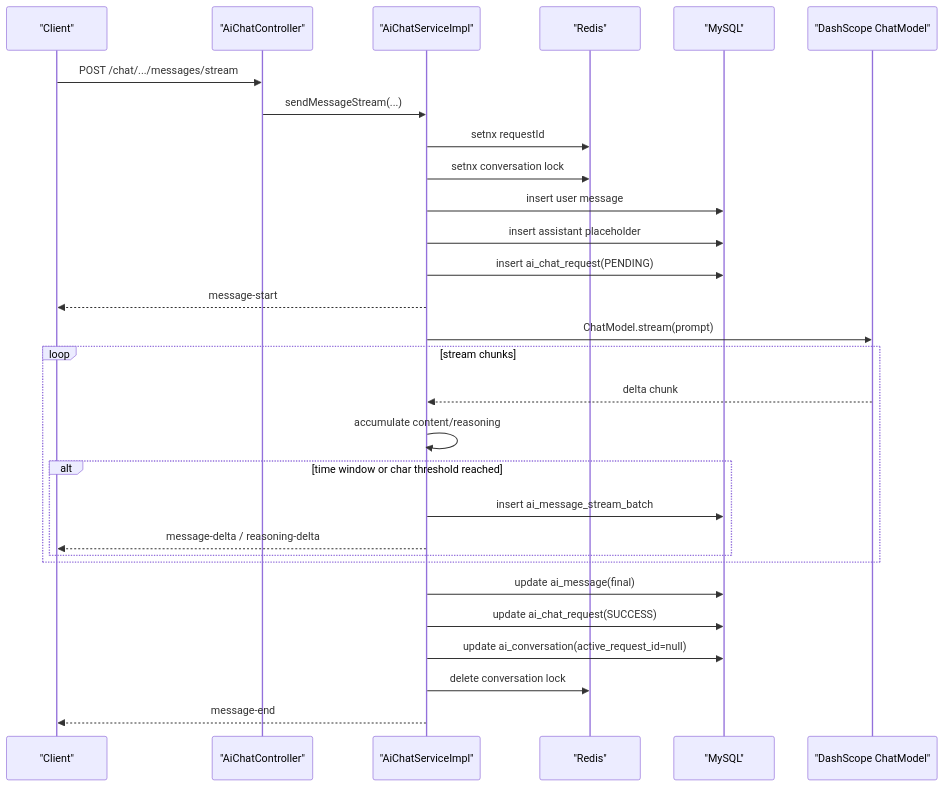
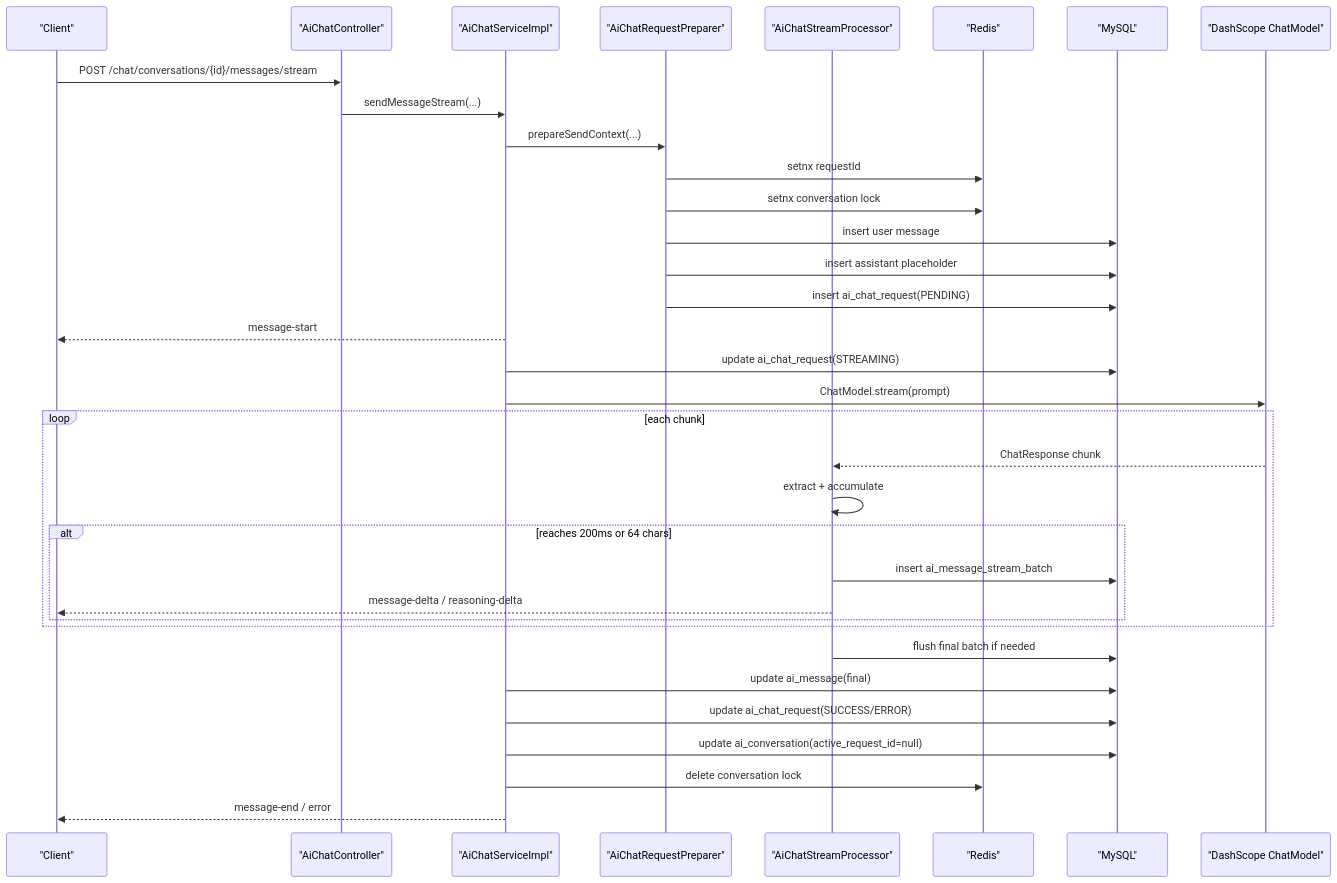
The third of 3 diagrams in docs/aichat/ai-chat-design.md (Askwayer/modular-hub), drawn with Mermaid before and after one commit. The commit also changed other lines of this file and 3 other files, not shown here.

````diff
--- a/docs/aichat/ai-chat-design.md
+++ b/docs/aichat/ai-chat-design.md
@@ -211,32 +309,37 @@
 ```mermaid
 sequenceDiagram
     participant Client as "Client"
     participant Controller as "AiChatController"
     participant Service as "AiChatServiceImpl"
+    participant Preparer as "AiChatRequestPreparer"
+    participant Streamer as "AiChatStreamProcessor"
     participant Redis as "Redis"
     participant DB as "MySQL"
     participant Model as "DashScope ChatModel"
 
-    Client->>Controller: POST /chat/.../messages/stream
+    Client->>Controller: POST /chat/conversations/{id}/messages/stream
     Controller->>Service: sendMessageStream(...)
-    Service->>Redis: setnx requestId
-    Service->>Redis: setnx conversation lock
-    Service->>DB: insert user message
-    Service->>DB: insert assistant placeholder
-    Service->>DB: insert ai_chat_request(PENDING)
+    Service->>Preparer: prepareSendContext(...)
+    Preparer->>Redis: setnx requestId
+    Preparer->>Redis: setnx conversation lock
+    Preparer->>DB: insert user message
+    Preparer->>DB: insert assistant placeholder
+    Preparer->>DB: insert ai_chat_request(PENDING)
     Service-->>Client: message-start
+    Service->>DB: update ai_chat_request(STREAMING)
     Service->>Model: ChatModel.stream(prompt)
-    loop stream chunks
-        Model-->>Service: delta chunk
-        Service->>Service: accumulate content/reasoning
-        alt time window or char threshold reached
-            Service->>DB: insert ai_message_stream_batch
-            Service-->>Client: message-delta / reasoning-delta
+    loop each chunk
+        Model-->>Streamer: ChatResponse chunk
+        Streamer->>Streamer: extract + accumulate
+        alt reaches 200ms or 64 chars
+            Streamer->>DB: insert ai_message_stream_batch
+            Streamer-->>Client: message-delta / reasoning-delta
         end
     end
+    Streamer->>DB: flush final batch if needed
     Service->>DB: update ai_message(final)
-    Service->>DB: update ai_chat_request(SUCCESS)
+    Service->>DB: update ai_chat_request(SUCCESS/ERROR)
     Service->>DB: update ai_conversation(active_request_id=null)
     Service->>Redis: delete conversation lock
-    Service-->>Client: message-end
+    Service-->>Client: message-end / error
 ```
````
